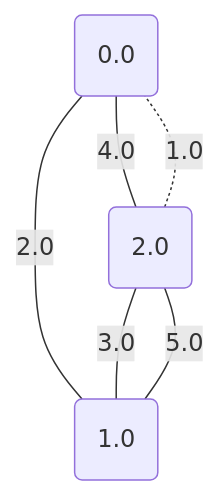
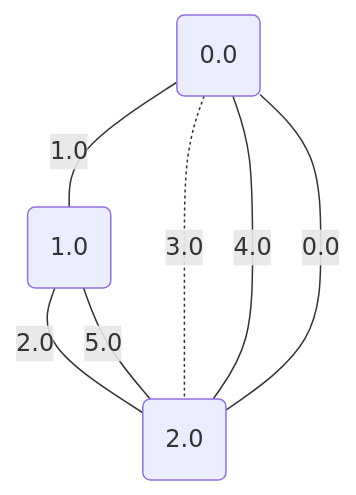
Before and after one commit to metury/graphs: the fourth of 5 diagrams in project/src/testing/showcase/minCut.md, drawn with Mermaid. The commit also changed other lines of this file and 33 other files, not shown here.

````diff
--- a/project/src/testing/showcase/minCut.md
+++ b/project/src/testing/showcase/minCut.md
@@ -66,11 +66,12 @@
 ```mermaid
 graph TD;
 	0("0.0");
 	1("1.0");
 	2("2.0");
-	2 -. "1.0" -.- 0;
-	0 -- "2.0" --- 1;
-	2 -- "3.0" --- 1;
+	2 -- "0.0" --- 0;
+	0 -- "1.0" --- 1;
+	1 -- "2.0" --- 2;
+	0 -. "3.0" -.- 2;
 	0 -- "4.0" --- 2;
-	2 -- "5.0" --- 1;
+	1 -- "5.0" --- 2;
 ```
````
